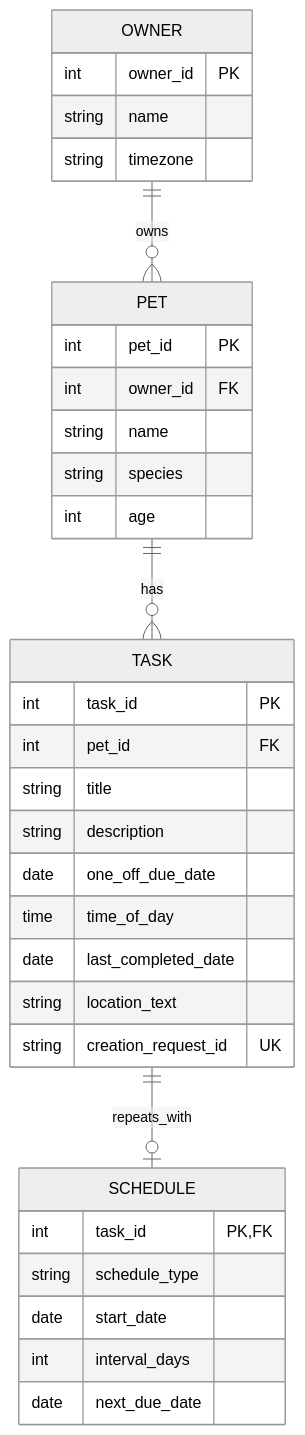
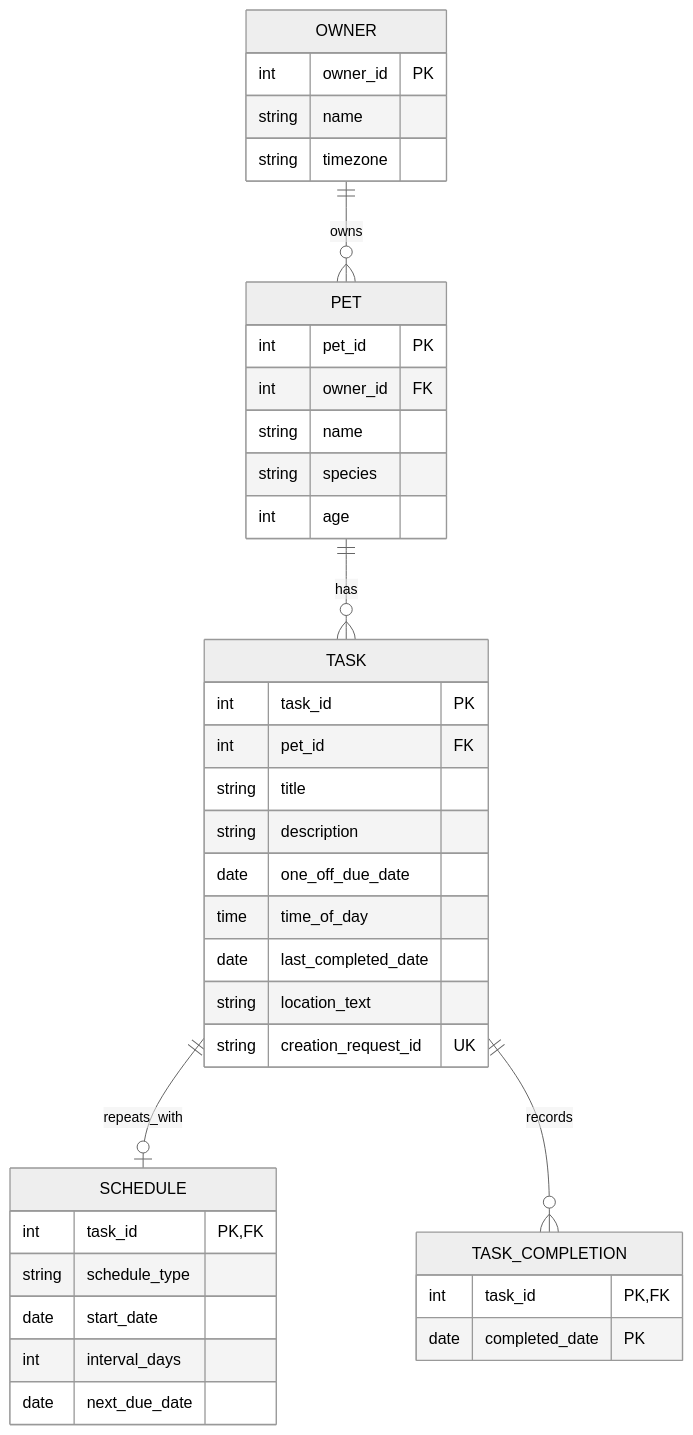
Before and after one commit to antunishdPursuit/pawpal-ai-planner: the diagram in diagrams/erd.mmd, drawn with Mermaid (neutral theme). The commit also changed 4 other files, not shown here.

Commit message:
docs: align diagrams and limits with planner fixes

```diff
--- a/diagrams/erd.mmd
+++ b/diagrams/erd.mmd
@@ -1,34 +1,39 @@
 erDiagram
     OWNER ||--o{ PET : owns
     PET ||--o{ TASK : has
     TASK ||--o| SCHEDULE : repeats_with
+    TASK ||--o{ TASK_COMPLETION : records
     OWNER {
         int owner_id PK
         string name
         string timezone
     }
     PET {
         int pet_id PK
         int owner_id FK
         string name
         string species
         int age
     }
     TASK {
         int task_id PK
         int pet_id FK
         string title
         string description
         date one_off_due_date
         time time_of_day
         date last_completed_date
         string location_text
         string creation_request_id UK
     }
     SCHEDULE {
         int task_id PK, FK
         string schedule_type
         date start_date
         int interval_days
         date next_due_date
     }
+    TASK_COMPLETION {
+        int task_id PK, FK
+        date completed_date PK
+    }
```
